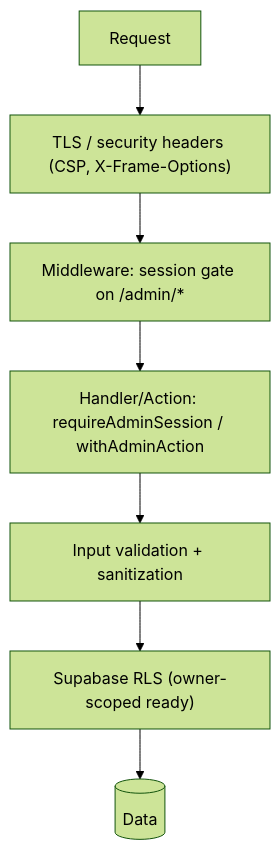
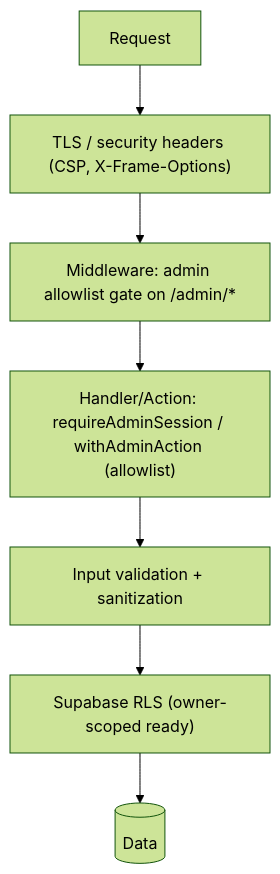
Before and after one commit to ChaturvediShivam/shivam-portfolio: the diagram in docs/SECURITY.md, drawn with Mermaid (forest theme). The commit also changed other lines of this file and 7 other files, not shown here.

````diff
--- a/docs/SECURITY.md
+++ b/docs/SECURITY.md
@@ -56,9 +57,9 @@
 ```mermaid
 flowchart TD
   R[Request] --> TLS["TLS / security headers (CSP, X-Frame-Options)"]
-  TLS --> MW["Middleware: session gate on /admin/*"]
-  MW --> AUTH["Handler/Action: requireAdminSession / withAdminAction"]
+  TLS --> MW["Middleware: admin allowlist gate on /admin/*"]
+  MW --> AUTH["Handler/Action: requireAdminSession / withAdminAction (allowlist)"]
   AUTH --> VAL["Input validation + sanitization"]
   VAL --> RLS["Supabase RLS (owner-scoped ready)"]
   RLS --> DATA[(Data)]
 ```
````
